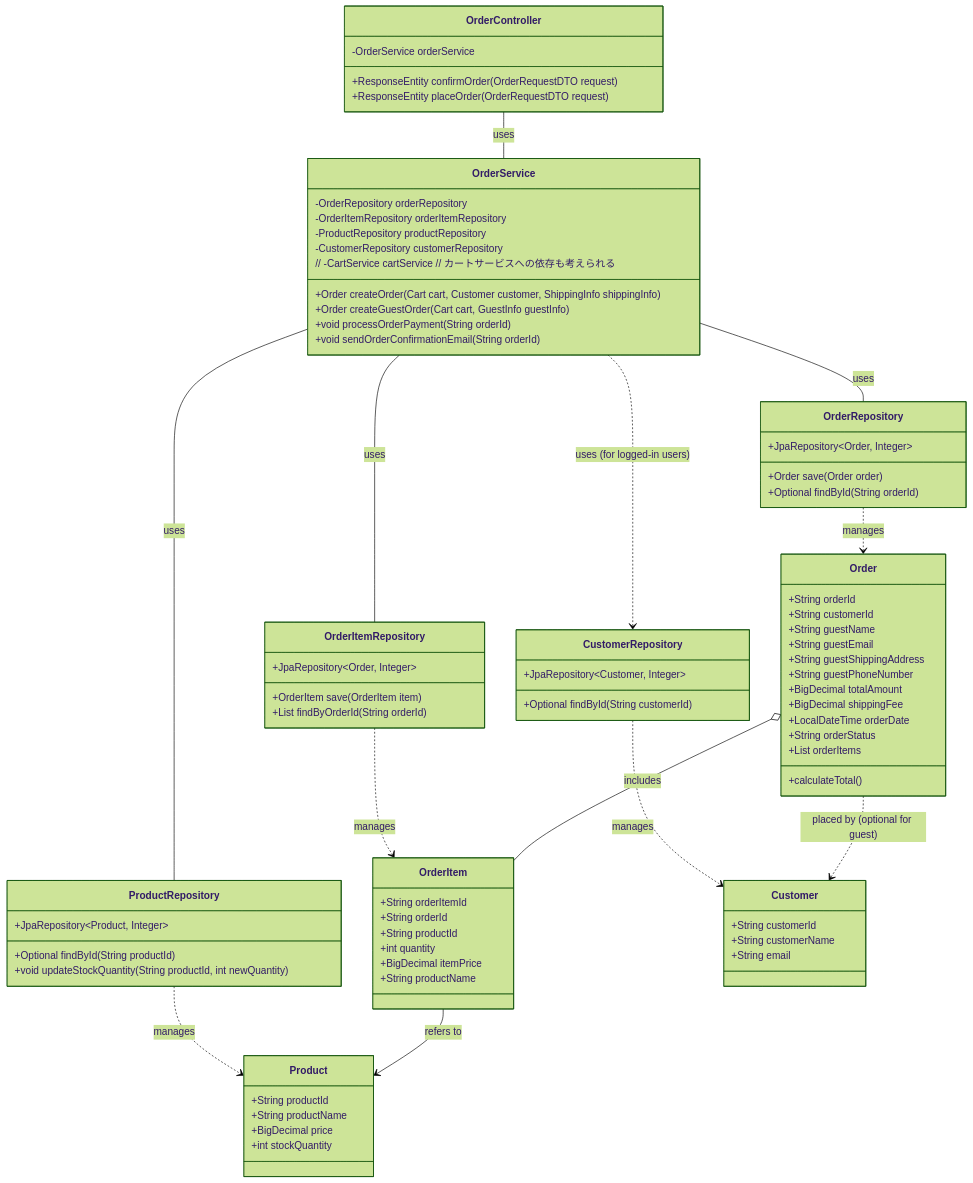
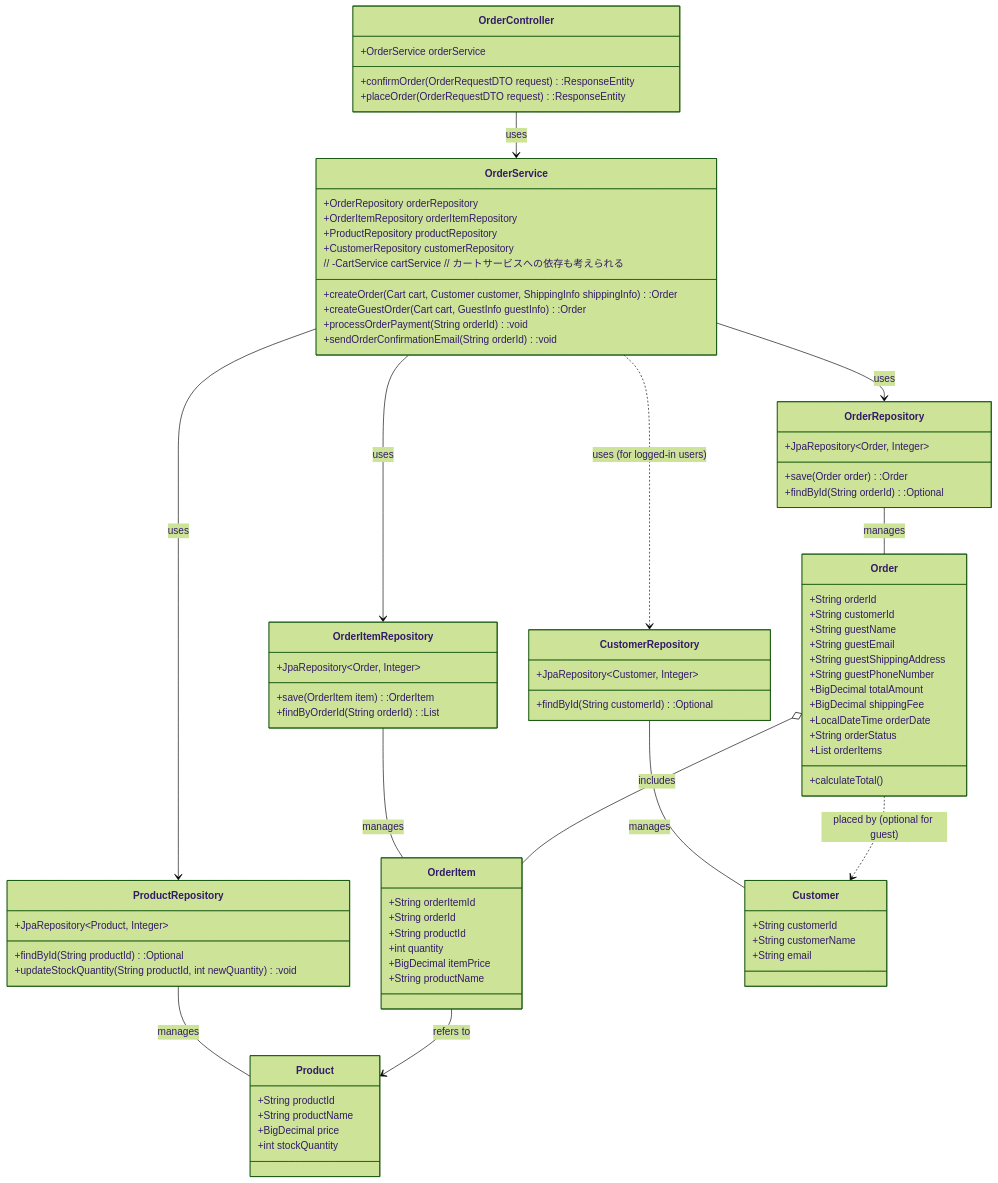
The second of 4 diagrams in 基本設計/はじめに.md (ainaga09/ACE), drawn with Mermaid (forest theme) before and after one commit. The commit also changed other lines of this file, not shown here.

```diff
--- a/基本設計/はじめに.md
+++ b/基本設計/はじめに.md
@@ -84,54 +99,54 @@
 <div class="mermaid">
 classDiagram
-    OrderController -- OrderService : uses
-    OrderService -- OrderRepository : uses
-    OrderService -- OrderItemRepository : uses
-    OrderService -- ProductRepository : uses
+    OrderController --> OrderService : uses
+    OrderService --> OrderRepository : uses
+    OrderService --> OrderItemRepository : uses
+    OrderService --> ProductRepository : uses
     OrderService ..> CustomerRepository : uses (for logged-in users)
 
-    OrderRepository ..> Order : manages
-    OrderItemRepository ..> OrderItem : manages
-    ProductRepository ..> Product : manages
-    CustomerRepository ..> Customer : manages
+    OrderRepository -- Order : manages
+    OrderItemRepository -- OrderItem : manages
+    ProductRepository -- Product : manages
+    CustomerRepository -- Customer : manages
 
     Order o-- OrderItem : includes
     OrderItem --> Product : refers to
     Order ..> Customer : placed by (optional for guest)
 
     class OrderController {
-        -OrderService orderService
-        +ResponseEntity<OrderConfirmationDTO> confirmOrder(OrderRequestDTO request)
-        +ResponseEntity<OrderCompletionDTO> placeOrder(OrderRequestDTO request)
+        +OrderService orderService
+        +confirmOrder(OrderRequestDTO request):ResponseEntity<OrderConfirmationDTO> 
+        +placeOrder(OrderRequestDTO request):ResponseEntity<OrderCompletionDTO> 
     }
     class OrderService {
-        -OrderRepository orderRepository
-        -OrderItemRepository orderItemRepository
-        -ProductRepository productRepository
-        -CustomerRepository customerRepository
+        +OrderRepository orderRepository
+        +OrderItemRepository orderItemRepository
+        +ProductRepository productRepository
+        +CustomerRepository customerRepository
         // -CartService cartService // カートサービスへの依存も考えられる
-        +Order createOrder(Cart cart, Customer customer, ShippingInfo shippingInfo)
-        +Order createGuestOrder(Cart cart, GuestInfo guestInfo)
-        +void processOrderPayment(String orderId)
-        +void sendOrderConfirmationEmail(String orderId)
+        +createOrder(Cart cart, Customer customer, ShippingInfo shippingInfo):Order 
+        +createGuestOrder(Cart cart, GuestInfo guestInfo):Order 
+        +processOrderPayment(String orderId):void 
+        +sendOrderConfirmationEmail(String orderId):void 
     }
     class OrderRepository {
         +JpaRepository~Order, Integer~
-        +Order save(Order order)
-        +Optional<Order> findById(String orderId)
+        +save(Order order):Order 
+        +findById(String orderId):Optional<Order> 
     }
     class OrderItemRepository {
         +JpaRepository~Order, Integer~
-        +OrderItem save(OrderItem item)
-        +List<OrderItem> findByOrderId(String orderId)
+        +save(OrderItem item):OrderItem 
+        +findByOrderId(String orderId):List<OrderItem> 
     }
     class ProductRepository {
         +JpaRepository~Product, Integer~
-        +Optional<Product> findById(String productId)
-        +void updateStockQuantity(String productId, int newQuantity)
+        +findById(String productId):Optional<Product> 
+        +updateStockQuantity(String productId, int newQuantity):void 
     }
     class CustomerRepository {
         +JpaRepository~Customer, Integer~
-        +Optional<Customer> findById(String customerId)
+        +findById(String customerId):Optional<Customer> 
     }
     class Order {
         +String orderId
```
